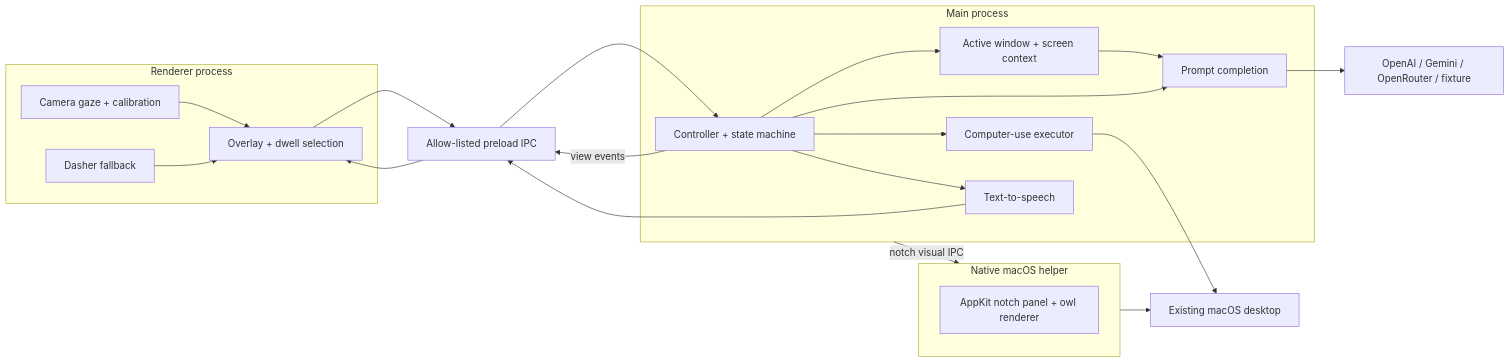
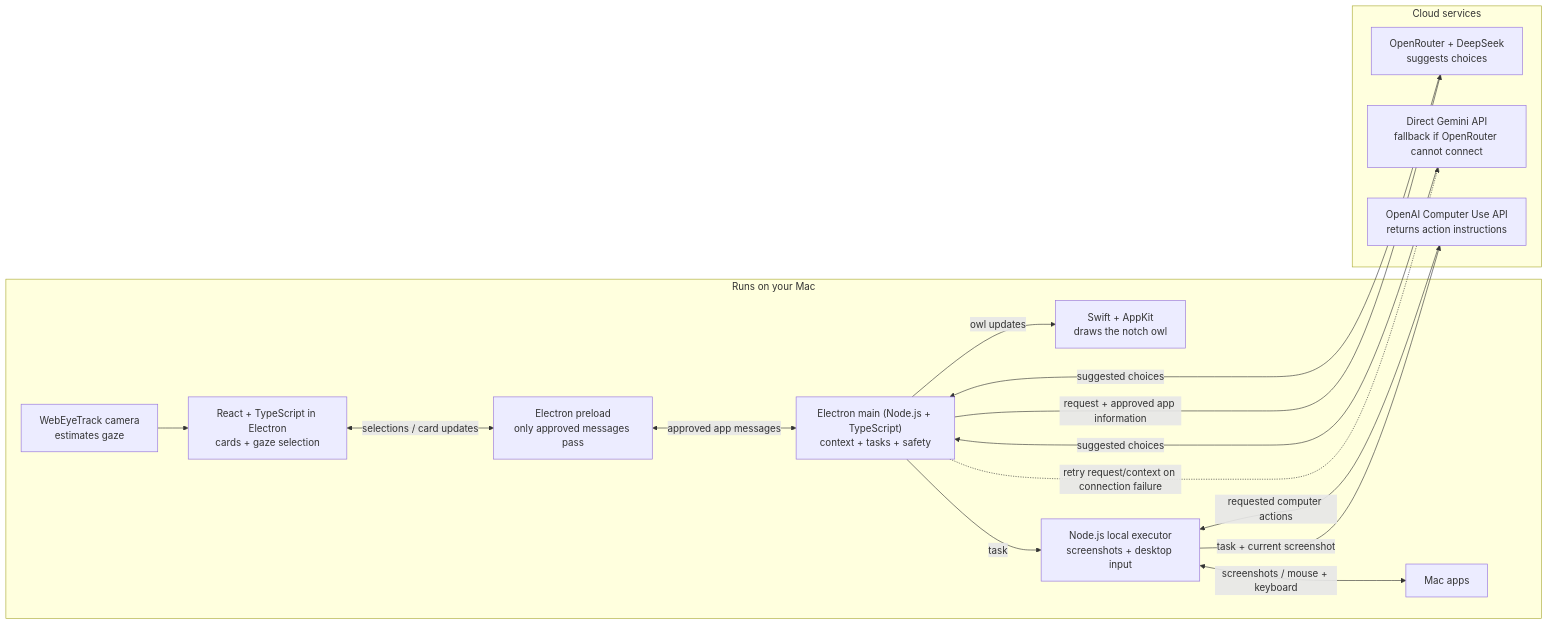
Before and after one commit to lesprgm/Hoot: the diagram in README.md, drawn with Mermaid. The commit also changed other lines of this file and 7 other files, not shown here.

First line of the commit message:
docs: document Hoots architecture and context boundaries

````diff
--- a/README.md
+++ b/README.md
@@ -64,33 +19,24 @@
 ```mermaid
 flowchart LR
-    subgraph R["Renderer process"]
-        G["Camera gaze + calibration"] --> O["Overlay + dwell selection"]
-        D["Dasher fallback"] --> O
+    subgraph local["Runs on your Mac"]
+        camera["WebEyeTrack camera<br/>estimates gaze"] --> ui["React + TypeScript in Electron<br/>cards + gaze selection"]
+        ui <-->|"selections / card updates"| bridge["Electron preload<br/>only approved messages pass"]
+        bridge <-->|"approved app messages"| main["Electron main (Node.js + TypeScript)<br/>context + tasks + safety"]
+        main -->|"owl updates"| notch["Swift + AppKit<br/>draws the notch owl"]
+        main -->|"task"| executor["Node.js local executor<br/>screenshots + desktop input"]
+        executor <-->|"screenshots / mouse + keyboard"| desktop["Mac apps"]
     end
 
-    I["Allow-listed preload IPC"]
-
-    subgraph M["Main process"]
-        C["Controller + state machine"]
-        K["Active window + screen context"]
-        P["Prompt completion"]
-        X["Computer-use executor"]
-        T["Text-to-speech"]
-        C --> K
-        C --> P
-        K --> P
+    subgraph cloud["Cloud services"]
+        decoder["OpenRouter + DeepSeek<br/>suggests choices"]
+        gemini["Direct Gemini API<br/>fallback if OpenRouter cannot connect"]
+        computer["OpenAI Computer Use API<br/>returns action instructions"]
     end
 
-    O --> I --> C
-    C -->|"view events"| I
-    M -->|"notch visual IPC"| N
-    C --> X --> Mac["Existing macOS desktop"]
-    P --> LLM["OpenAI / Gemini / OpenRouter / fixture"]
-    C --> T --> I
-    I --> O
-
-    subgraph N["Native macOS helper"]
-        H["AppKit notch panel + owl renderer"]
-    end
-    N --> Mac
+    main -->|"request + approved app information"| decoder
+    decoder -->|"suggested choices"| main
+    main -.->|"retry request/context on connection failure"| gemini
+    gemini -->|"suggested choices"| main
+    executor -->|"task + current screenshot"| computer
+    computer -->|"requested computer actions"| executor
 ```
````
